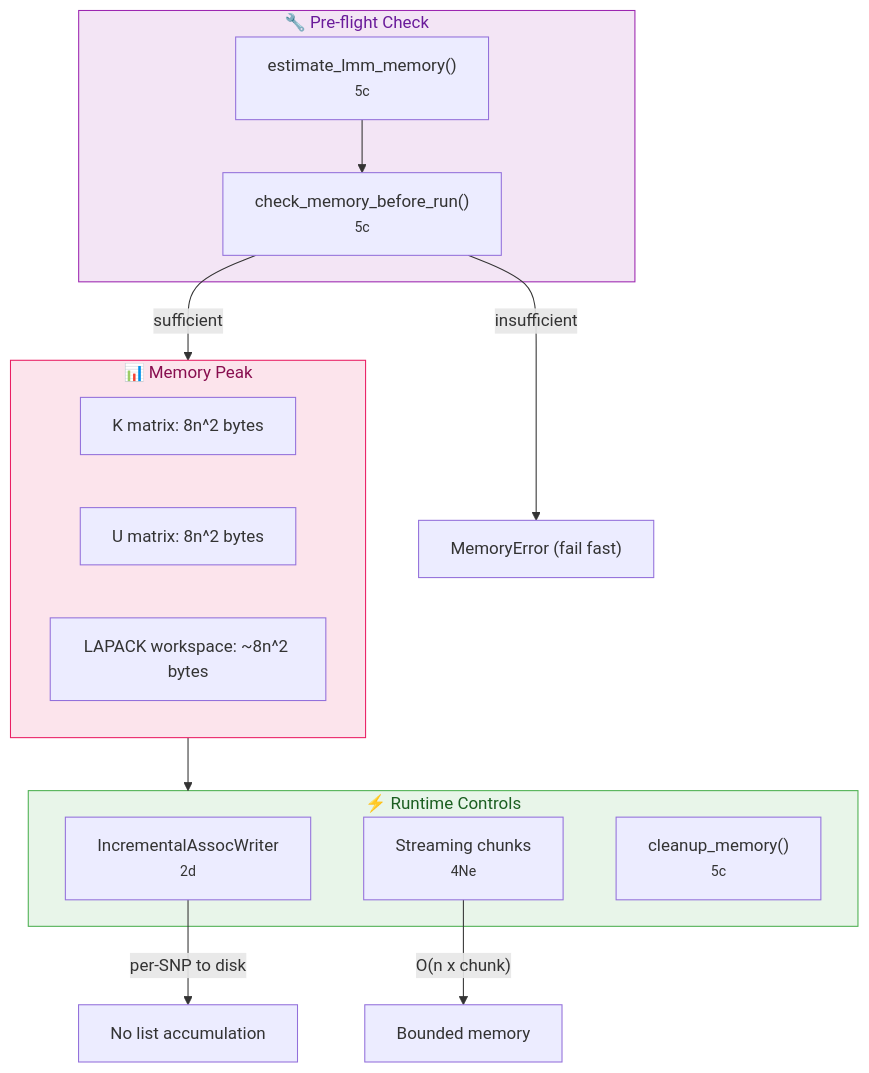
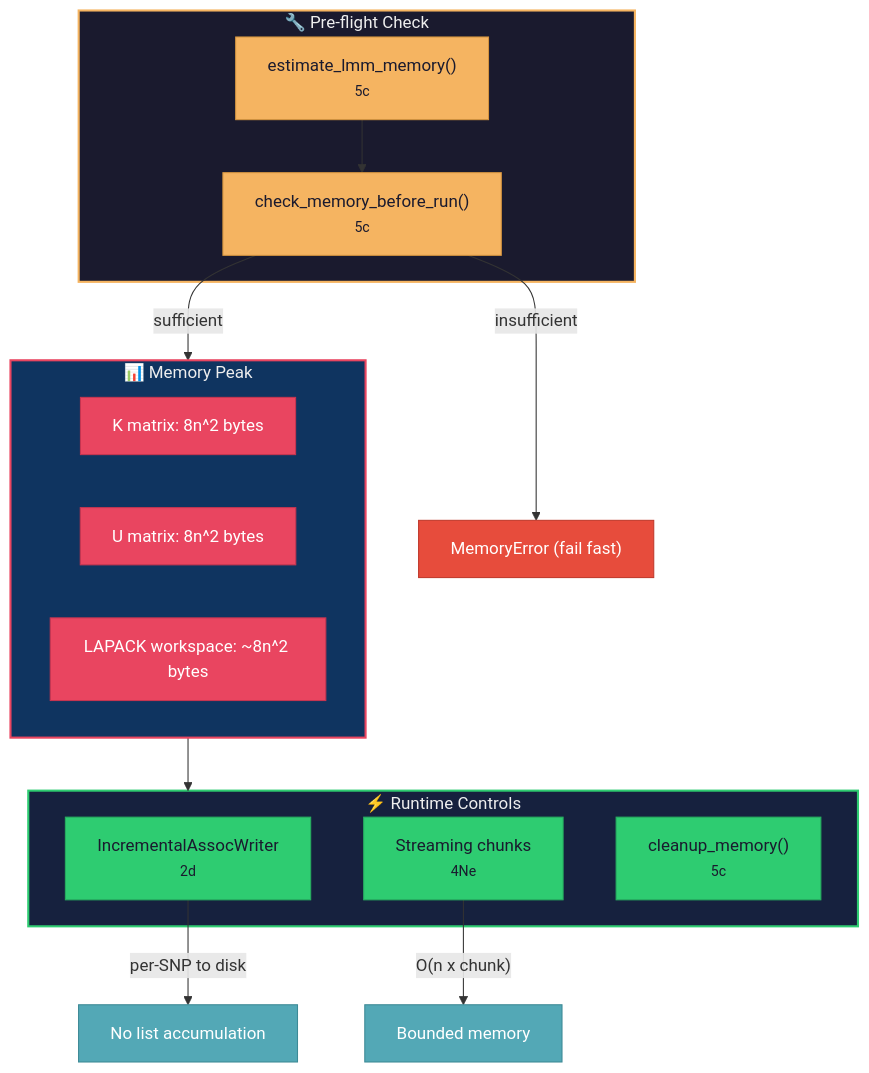
The fourth of 5 diagrams in docs/CODEMAP.md (michael-denyer/jamma), drawn with Mermaid before and after one commit. The commit also changed other lines of this file and 3 other files, not shown here.

First line of the commit message:
docs: high contrast mermaid diagrams with layered subgraph architecture

````diff
--- a/docs/CODEMAP.md
+++ b/docs/CODEMAP.md
@@ -384,30 +384,42 @@
 ```mermaid
 flowchart TD
     subgraph Preflight["🔧 Pre-flight Check"]
         EST["estimate_lmm_memory()<br/><small>5c</small>"]
         CHK["check_memory_before_run()<br/><small>5c</small>"]
     end
 
     subgraph Peak["📊 Memory Peak"]
         KM["K matrix: 8n^2 bytes"]
         UM["U matrix: 8n^2 bytes"]
         WS["LAPACK workspace: ~8n^2 bytes"]
     end
 
     subgraph Runtime["⚡ Runtime Controls"]
         INC["IncrementalAssocWriter<br/><small>2d</small>"]
         STR["Streaming chunks<br/><small>4Ne</small>"]
         CLN["cleanup_memory()<br/><small>5c</small>"]
     end
 
     EST --> CHK
     CHK -->|"insufficient"| FAIL["MemoryError (fail fast)"]
     CHK -->|"sufficient"| Peak
     Peak --> Runtime
     INC -->|"per-SNP to disk"| DISK["No list accumulation"]
     STR -->|"O(n x chunk)"| LOW["Bounded memory"]
 
-    style Preflight fill:#f3e5f5,stroke:#9c27b0,color:#6a1b9a
-    style Peak fill:#fce4ec,stroke:#e91e63,color:#880e4f
-    style Runtime fill:#e8f5e9,stroke:#4caf50,color:#1b5e20
+    style Preflight fill:#1a1a2e,stroke:#f5b461,color:#eee,stroke-width:2px
+    style Peak fill:#0f3460,stroke:#e94560,color:#eee,stroke-width:2px
+    style Runtime fill:#16213e,stroke:#2ecc71,color:#eee,stroke-width:2px
+
+    style EST fill:#f5b461,stroke:#d4943f,color:#1a1a2e
+    style CHK fill:#f5b461,stroke:#d4943f,color:#1a1a2e
+    style KM fill:#e94560,stroke:#c73550,color:#fff
+    style UM fill:#e94560,stroke:#c73550,color:#fff
+    style WS fill:#e94560,stroke:#c73550,color:#fff
+    style FAIL fill:#e74c3c,stroke:#c0392b,color:#fff
+    style INC fill:#2ecc71,stroke:#27ae60,color:#1a1a2e
+    style STR fill:#2ecc71,stroke:#27ae60,color:#1a1a2e
+    style CLN fill:#2ecc71,stroke:#27ae60,color:#1a1a2e
+    style DISK fill:#53a8b6,stroke:#3d8a96,color:#fff
+    style LOW fill:#53a8b6,stroke:#3d8a96,color:#fff
 ```
````
